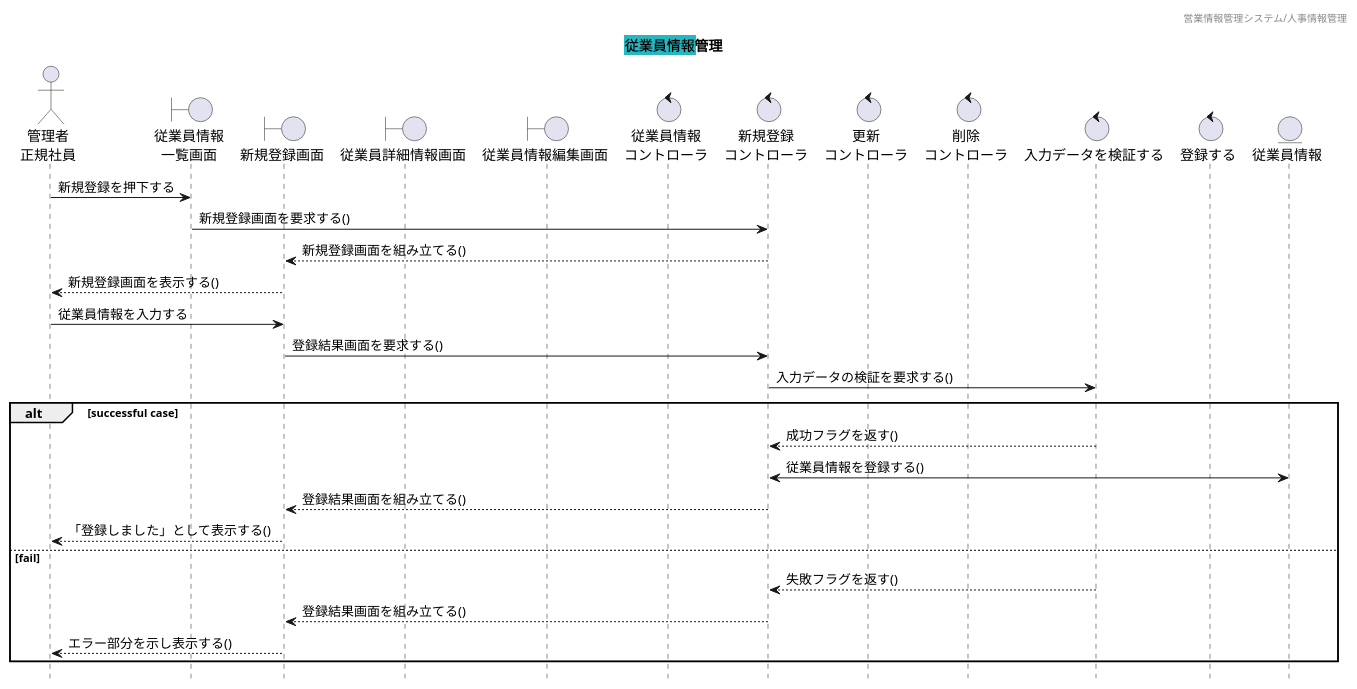
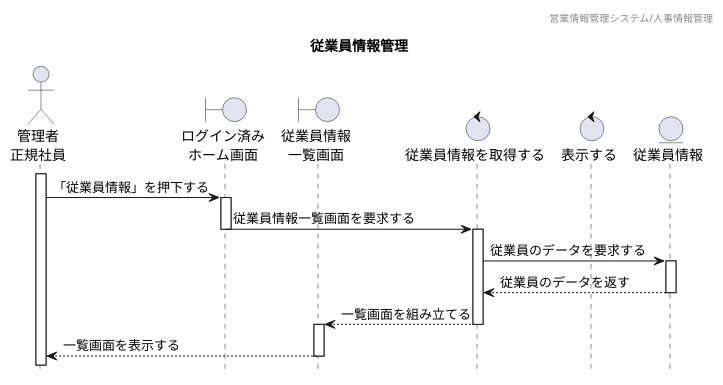
The diagram in 各種設計書/4シーケンス図/1.管理者_人事_新規登録.plantuml (HaruShim/Sotuken), drawn with PlantUML before and after one commit. The commit also changed 5 other files, not shown here.

```diff
--- a/各種設計書/4シーケンス図/1.管理者_人事_新規登録.plantuml
+++ b/各種設計書/4シーケンス図/1.管理者_人事_新規登録.plantuml
@@ -1,43 +1,40 @@
 @startuml シーケンス図
 
+' 下アイコン除去
 hide footbox
+' ヘッダー
 header 営業情報管理システム/人事情報管理
-title <back:#25b7c0>従業員情報</back>管理
+' タイトル
+title 従業員情報管理
 
+
+' アイコン
 actor "管理者\n正規社員" as Act
+boundary "ログイン済み\nホーム画面" as HomeSc
 boundary "従業員情報\n一覧画面" as StaffListSc
-boundary "新規登録画面" as RegiSc
-boundary "従業員詳細情報画面" as StaffSc
-boundary "従業員情報編集画面" as UpdateSc
-control "従業員情報\nコントローラ" as StaffCl
-control "新規登録\nコントローラ" as RegiCl
-control "更新\nコントローラ" as UpdateCl
-control "削除\nコントローラ" as DeleteCl
-control "入力データを検証する" as JudgeCl
-
-control "登録する" as Regi
+control "従業員情報を取得する" as StaffCl
+control "表示する" as ScCl
 entity "従業員情報" as StaffDB
 
 
 
-Act -> StaffListSc : 新規登録を押下する
-StaffListSc -> RegiCl : 新規登録画面を要求する()
-RegiSc <-- RegiCl : 新規登録画面を組み立てる()
-Act <-- RegiSc : 新規登録画面を表示する()
-Act -> RegiSc : 従業員情報を入力する
-RegiSc -> RegiCl : 登録結果画面を要求する()
-RegiCl -> JudgeCl : 入力データの検証を要求する()
-    alt successful case
-        RegiCl <-- JudgeCl : 成功フラグを返す()
-        RegiCl <-> StaffDB : 従業員情報を登録する()
-        RegiSc <-- RegiCl : 登録結果画面を組み立てる()
-        Act <-- RegiSc : 「登録しました」として表示する()
-    else fail
-        RegiCl <-- JudgeCl : 失敗フラグを返す()
-        RegiSc <-- RegiCl : 登録結果画面を組み立てる()
-        Act <-- RegiSc : エラー部分を示し表示する()
-    end
+' ログイン済みホーム画面から一覧表示までのシーケンス
+activate Act
+Act -> HomeSc : 「従業員情報」を押下する
+activate HomeSc
+HomeSc -> StaffCl : 従業員情報一覧画面を要求する
+deactivate
+activate StaffCl
+StaffCl -> StaffDB : 従業員のデータを要求する
+activate StaffDB
+StaffCl <-- StaffDB : 従業員のデータを返す
+deactivate
+StaffListSc <-- StaffCl : 一覧画面を組み立てる
+deactivate
+activate StaffListSc
+Act <-- StaffListSc : 一覧画面を表示する
+deactivate
 
 
 
 @enduml
```
